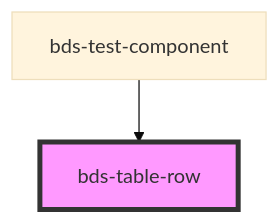
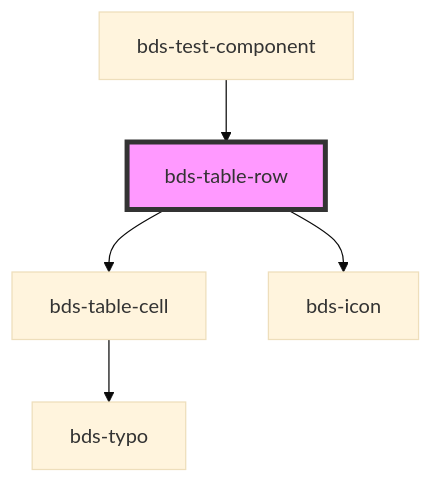
The diagram in src/components/table/table-row/readme.md (takenet/blip-ds), drawn with Mermaid (base theme) before and after one commit. The commit also changed other lines of this file and 11 other files, not shown here.

````diff
--- a/src/components/table/table-row/readme.md
+++ b/src/components/table/table-row/readme.md
@@ -25,5 +30,8 @@
 ```mermaid
 graph TD;
+  bds-table-row --> bds-table-cell
+  bds-table-row --> bds-icon
+  bds-table-cell --> bds-typo
   bds-test-component --> bds-table-row
   style bds-table-row fill:#f9f,stroke:#333,stroke-width:4px
 ```
````
